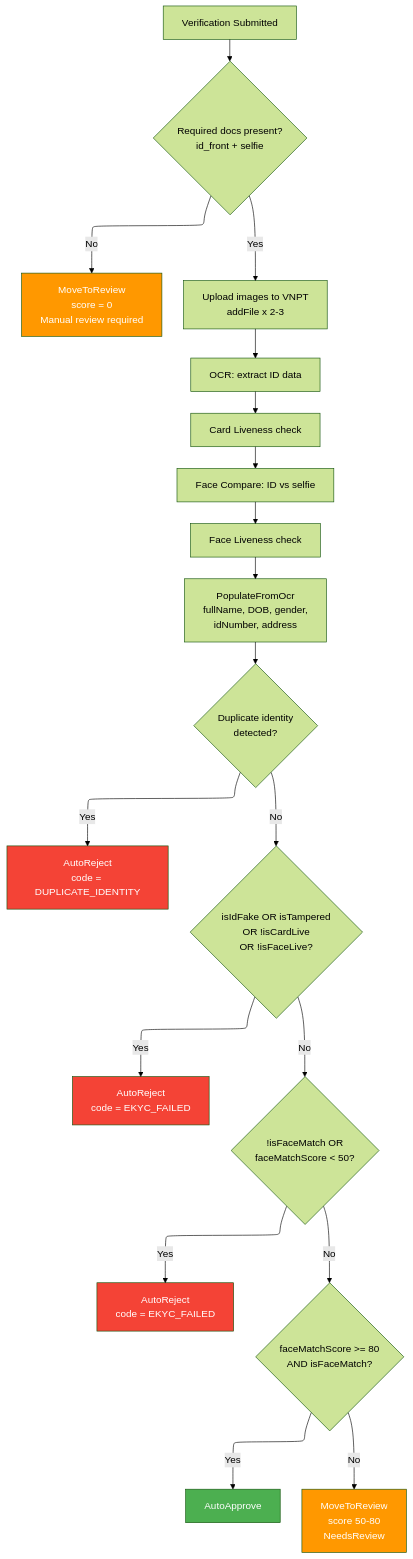
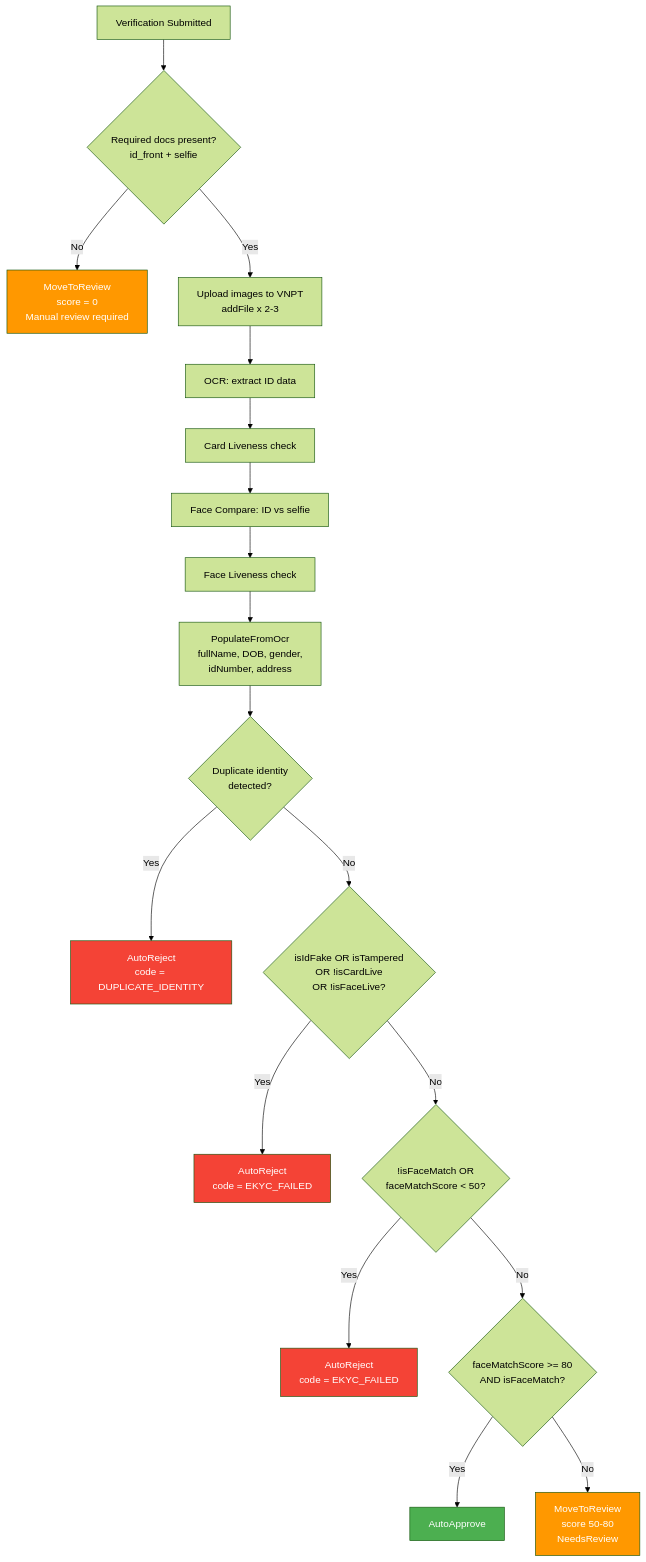
One commit to sep490-oio/backend changed the first of 2 diagrams in docs/flows/03-seller-verification/03-submit-ekyc.md. Above: the diagram before and after it, drawn with Mermaid (forest theme). The commit also changed 72 other files, not shown here.

Commit message:
Update auction submit flow docs: require item approval before submit, clarify timing prerequisites, and revise state transitions

````diff
--- a/docs/flows/03-seller-verification/03-submit-ekyc.md
+++ b/docs/flows/03-seller-verification/03-submit-ekyc.md
@@ -9,31 +9,27 @@
 ```mermaid
----
-config:
-  layout: elk
----
 flowchart TD
     A[Verification Submitted] --> B{Required docs present?<br/>id_front + selfie}
     B -- No --> MR1[MoveToReview<br/>score = 0<br/>Manual review required]
     B -- Yes --> C[Upload images to VNPT<br/>addFile x 2-3]
     C --> D[OCR: extract ID data]
     D --> E[Card Liveness check]
     E --> F[Face Compare: ID vs selfie]
     F --> G[Face Liveness check]
     G --> H[PopulateFromOcr<br/>fullName, DOB, gender,<br/>idNumber, address]
     H --> I{Duplicate identity<br/>detected?}
     I -- Yes --> REJ1[AutoReject<br/>code = DUPLICATE_IDENTITY]
     I -- No --> J{isIdFake OR isTampered<br/>OR !isCardLive<br/>OR !isFaceLive?}
     J -- Yes --> REJ2[AutoReject<br/>code = EKYC_FAILED]
     J -- No --> K{!isFaceMatch OR<br/>faceMatchScore < 50?}
     K -- Yes --> REJ3[AutoReject<br/>code = EKYC_FAILED]
     K -- No --> L{faceMatchScore >= 80<br/>AND isFaceMatch?}
     L -- Yes --> APP[AutoApprove]
     L -- No --> MR2[MoveToReview<br/>score 50-80<br/>NeedsReview]
 
     style APP fill:#4CAF50,color:#fff
     style REJ1 fill:#f44336,color:#fff
     style REJ2 fill:#f44336,color:#fff
     style REJ3 fill:#f44336,color:#fff
     style MR1 fill:#FF9800,color:#fff
     style MR2 fill:#FF9800,color:#fff
 ```
````
